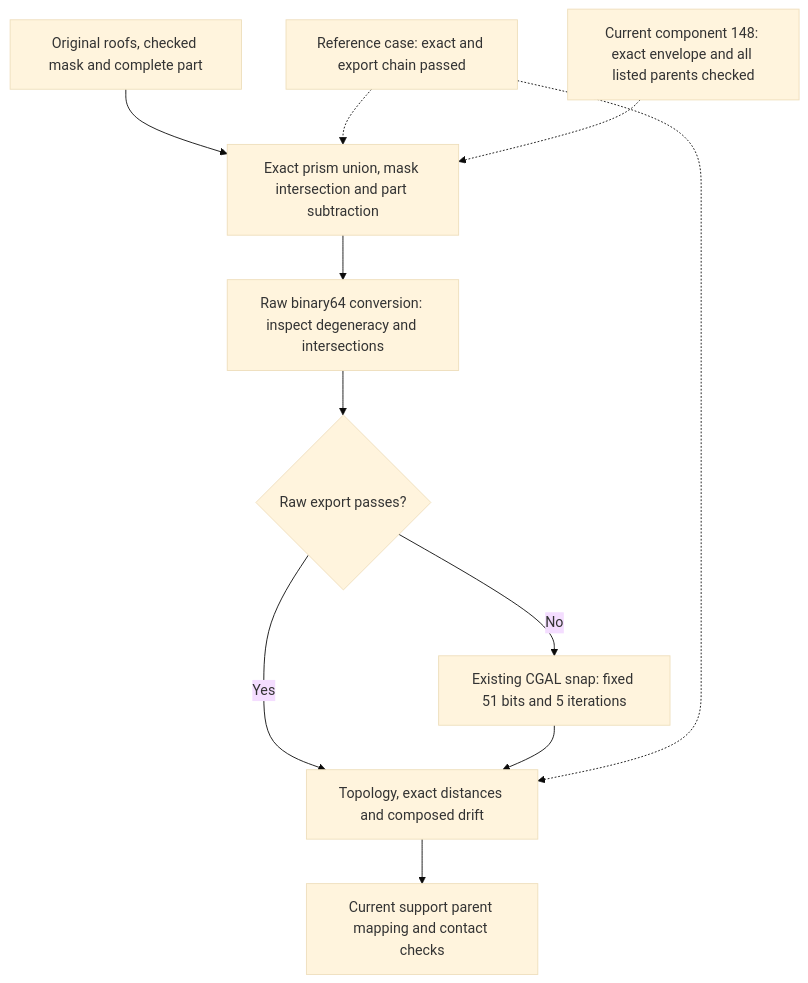
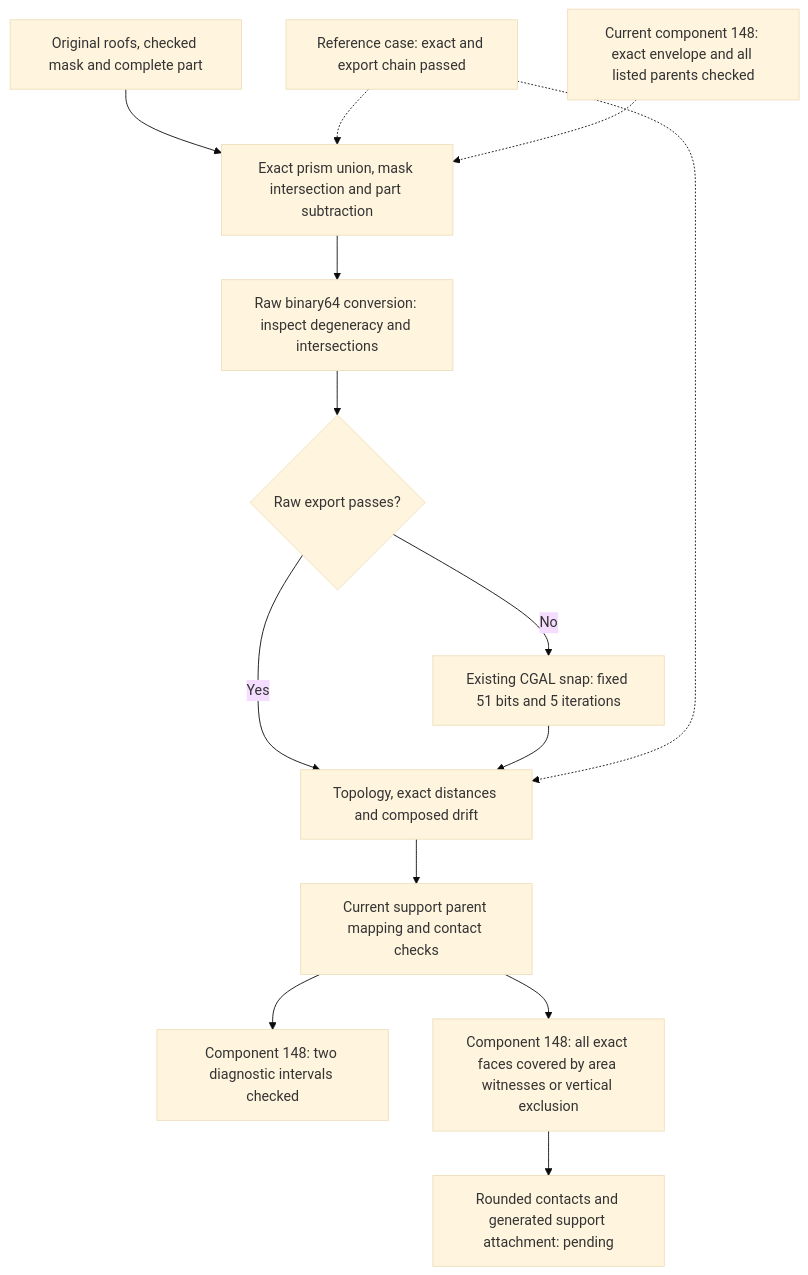
The diagram in docs/reports/carrier-current-support-projection-20261107.md (cluster2600/porscheparts), drawn with Mermaid (base theme) before and after one commit. The commit also changed other lines of this file and 7 other files, not shown here.

Commit message:
Document exact carrier support contact coverage and bounded H9 launch

````diff
--- a/docs/reports/carrier-current-support-projection-20261107.md
+++ b/docs/reports/carrier-current-support-projection-20261107.md
@@ -261,13 +318,16 @@
 ```mermaid
 flowchart TB
     INPUT["Original roofs, checked mask and complete part"] --> EXACT["Exact prism union, mask intersection and part subtraction"]
     EXACT --> RAW["Raw binary64 conversion: inspect degeneracy and intersections"]
     RAW --> EXPORT{"Raw export passes?"}
     EXPORT -->|"No"| SNAP["Existing CGAL snap: fixed 51 bits and 5 iterations"]
     EXPORT -->|"Yes"| CHECK
     SNAP --> CHECK["Topology, exact distances and composed drift"]
     CHECK --> CONTACT["Current support parent mapping and contact checks"]
+    CONTACT --> SECTION["Component 148: two diagnostic intervals checked"]
+    CONTACT --> FULL["Component 148: all exact faces covered by area witnesses or vertical exclusion"]
+    FULL --> MATERIAL["Rounded contacts and generated support attachment: pending"]
     CONTROL["Reference case: exact and export chain passed"] -.-> EXACT
     CONTROL -.-> CHECK
     CURRENT["Current component 148: exact envelope and all listed parents checked"] -.-> EXACT
 ```
````
